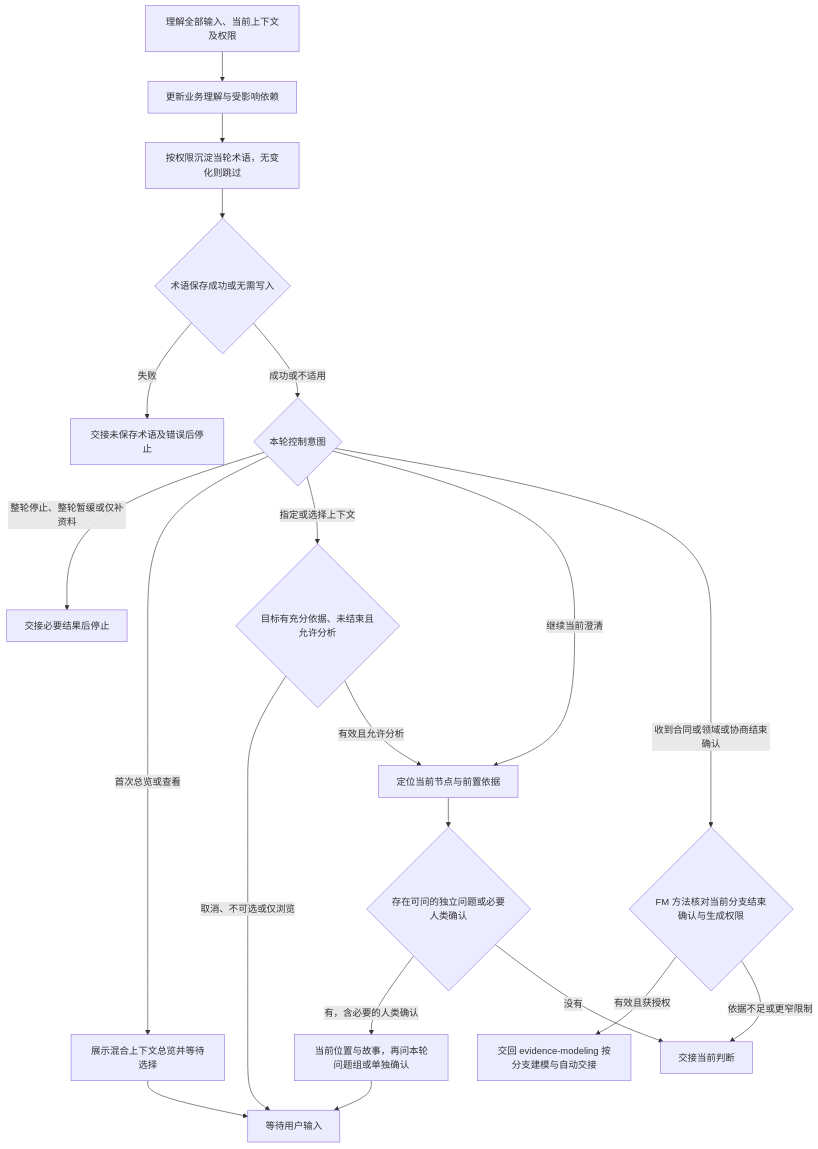
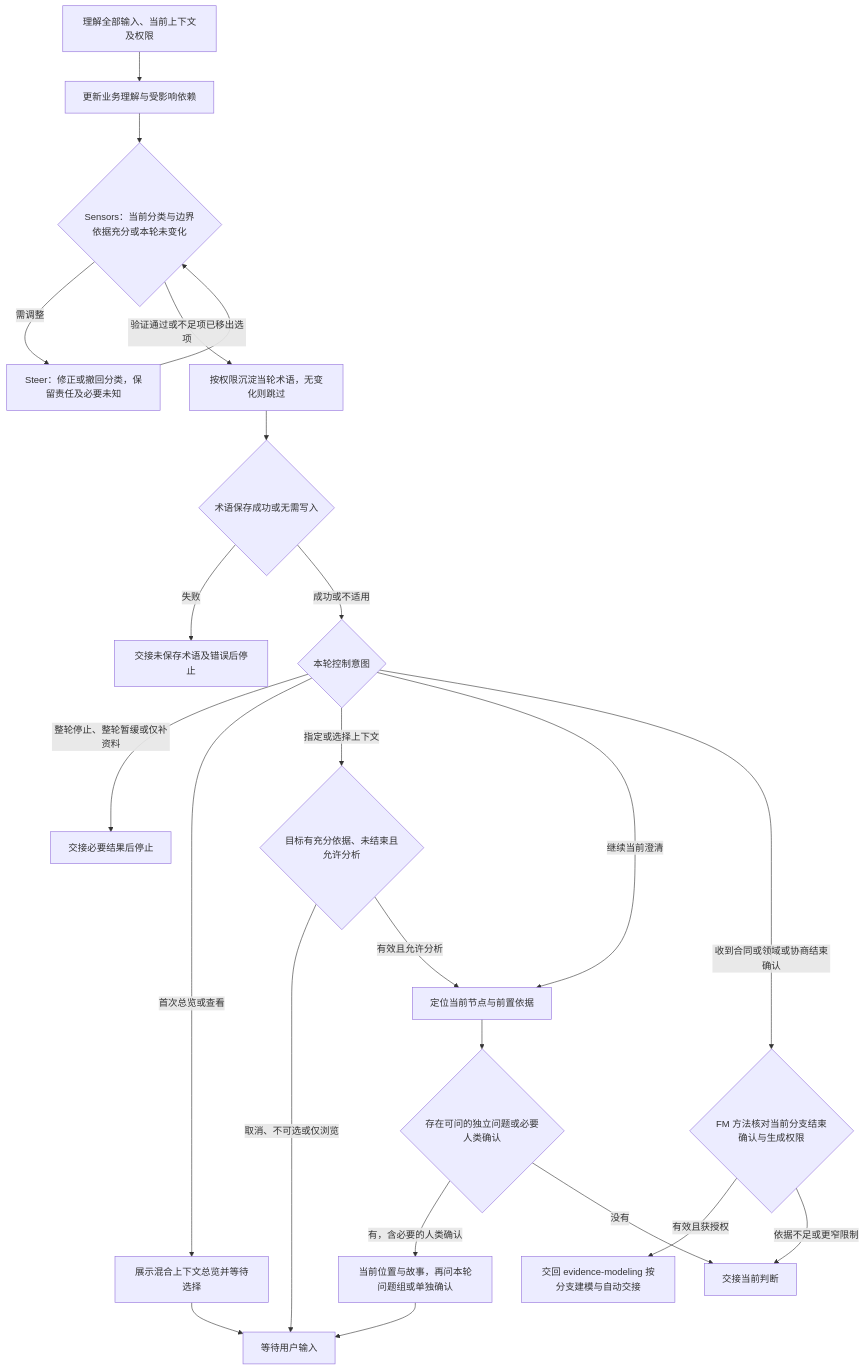
The diagram in .agents/skills/evidence-discovery/references/interview.md (JayClock/Evidence-Framework), drawn with Mermaid before and after one commit. The commit also changed other lines of this file and 7 other files, not shown here.

````diff
--- a/.agents/skills/evidence-discovery/references/interview.md
+++ b/.agents/skills/evidence-discovery/references/interview.md
@@ -9,38 +9,43 @@
 ```mermaid
 flowchart TD
     input[理解全部输入、当前上下文及权限]
     understanding[更新业务理解与受影响依赖]
+    classification{Sensors：当前分类与边界依据充分或本轮未变化}
+    correction[Steer：修正或撤回分类，保留责任及必要未知]
     language[按权限沉淀当轮术语，无变化则跳过]
     languageSaved{术语保存成功或无需写入}
     control{本轮控制意图}
     closure{FM 方法核对当前分支结束确认与生成权限}
     batch[交回 evidence-modeling 按分支建模与自动交接]
     navigation[展示混合上下文总览并等待选择]
     selection{目标有充分依据、未结束且允许分析}
     focus[定位当前节点与前置依据]
     needed{存在可问的独立问题或必要人类确认}
     question[当前位置与故事，再问本轮问题组或单独确认]
     failed[交接未保存术语及错误后停止]
     stop[交接必要结果后停止]
     handoff[交接当前判断]
     wait[等待用户输入]
     input --> understanding
-    understanding --> language
+    understanding --> classification
+    classification -->|需调整| correction
+    correction --> classification
+    classification -->|验证通过或不足项已移出选项| language
     language --> languageSaved
     languageSaved -->|失败| failed
     languageSaved -->|成功或不适用| control
     control -->|整轮停止、整轮暂缓或仅补资料| stop
     control -->|首次总览或查看| navigation
     control -->|指定或选择上下文| selection
     control -->|继续当前澄清| focus
     control -->|收到合同或领域或协商结束确认| closure
     closure -->|有效且获授权| batch
     closure -->|依据不足或更窄限制| handoff
     navigation --> wait
     selection -->|取消、不可选或仅浏览| wait
     selection -->|有效且允许分析| focus
     focus --> needed
     needed -->|有，含必要的人类确认| question
     needed -->|没有| handoff
     question --> wait
 ```
````
